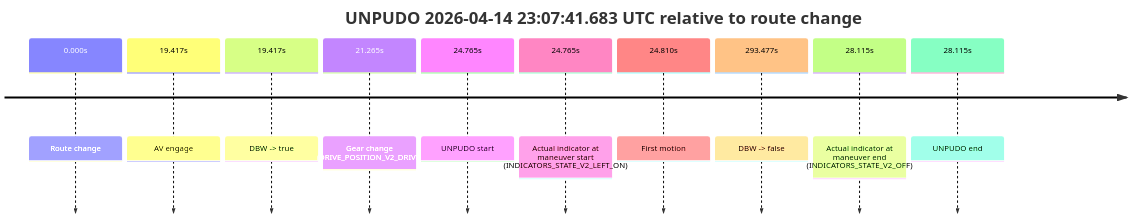
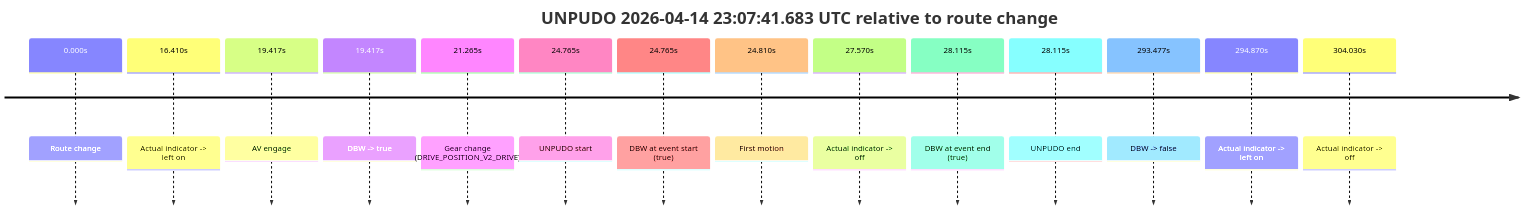
The first of 2 diagrams in model_analysis/report_cards/2026/04/Week-3/fme10005--2026-04-14--22-37-44--gen2-av-8d87ab20-f543-464d-a9ba-376113d03561.md (yoelshapiro/vault), drawn with Mermaid before and after one commit. The commit also changed other lines of this file and 32 other files, not shown here.

````diff
--- a/model_analysis/report_cards/2026/04/Week-3/fme10005--2026-04-14--22-37-44--gen2-av-8d87ab20-f543-464d-a9ba-376113d03561.md
+++ b/model_analysis/report_cards/2026/04/Week-3/fme10005--2026-04-14--22-37-44--gen2-av-8d87ab20-f543-464d-a9ba-376113d03561.md
@@ -301,14 +47,18 @@
 ```mermaid
 timeline
     title UNPUDO 2026-04-14 23:07:41.683 UTC relative to route change
     0.000s : Route change
+    16.410s : Actual indicator -> left on
     19.417s : AV engage
     19.417s : DBW -> true
     21.265s : Gear change (DRIVE_POSITION_V2_DRIVE)
     24.765s : UNPUDO start
-    24.765s : Actual indicator at maneuver start (INDICATORS_STATE_V2_LEFT_ON)
+    24.765s : DBW at event start (true)
     24.810s : First motion
+    27.570s : Actual indicator -> off
+    28.115s : DBW at event end (true)
+    28.115s : UNPUDO end
     293.477s : DBW -> false
-    28.115s : Actual indicator at maneuver end (INDICATORS_STATE_V2_OFF)
-    28.115s : UNPUDO end
+    294.870s : Actual indicator -> left on
+    304.030s : Actual indicator -> off
 ```
````
